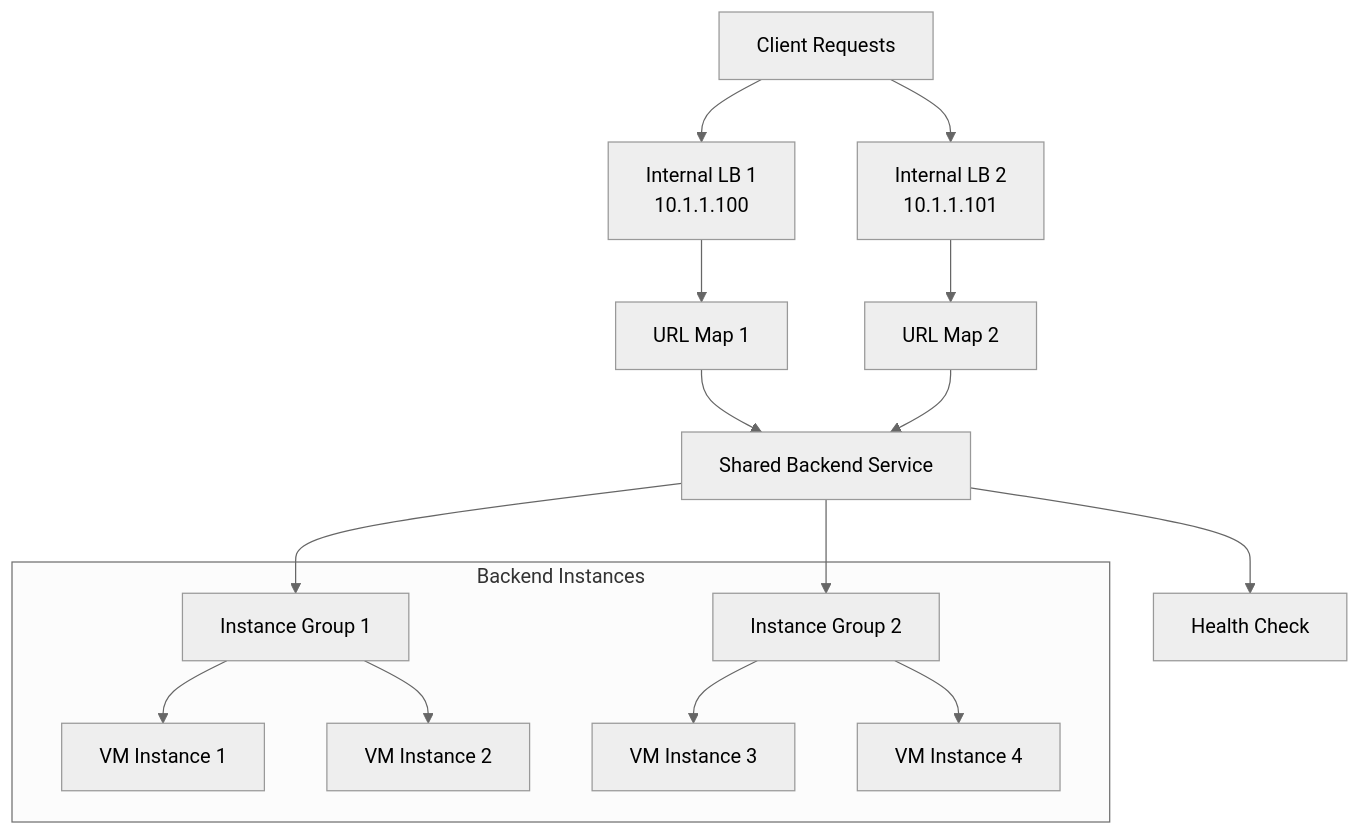
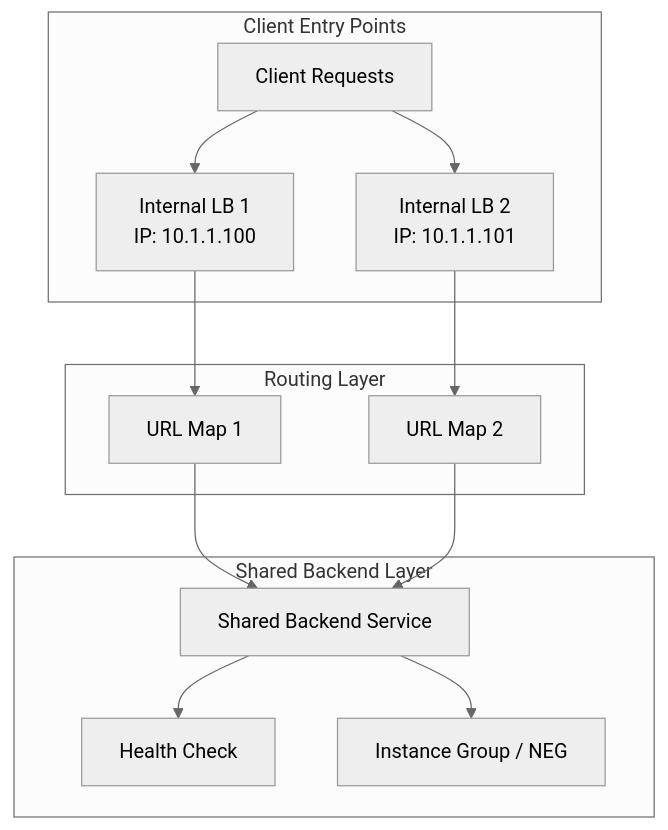
Before and after one commit to aibangjuxin/knowledge: the second of 4 diagrams in gcp/backend-service.md, drawn with Mermaid (neutral theme). The commit also changed other lines of this file, not shown here.

Commit message:
docs: reformat and clarify backend-service.md

````diff
--- a/gcp/backend-service.md
+++ b/gcp/backend-service.md
@@ -127,22 +44,23 @@
 ```mermaid
 flowchart TB
-    A[Client Requests] --> B[Internal LB 1<br/>10.1.1.100]
-    A --> C[Internal LB 2<br/>10.1.1.101]
-    
-    B --> D[URL Map 1]
-    C --> E[URL Map 2]
-    
-    D --> F[Shared Backend Service]
+    subgraph "Client Entry Points"
+        A[Client Requests] --> B[Internal LB 1<br/>IP: 10.1.1.100]
+        A --> C[Internal LB 2<br/>IP: 10.1.1.101]
+    end
+
+    subgraph "Routing Layer"
+        B --> D[URL Map 1]
+        C --> E[URL Map 2]
+    end
+
+    subgraph "Shared Backend Layer"
+        F[Shared Backend Service]
+        G[Health Check]
+        H[Instance Group / NEG]
+    end
+
+    D --> F
     E --> F
-    
-    F --> G[Health Check]
-    F --> H[Instance Group 1]
-    F --> I[Instance Group 2]
-    
-    subgraph "Backend Instances"
-        H --> J[VM Instance 1]
-        H --> K[VM Instance 2]
-        I --> L[VM Instance 3]
-        I --> M[VM Instance 4]
-    end
+    F --> G
+    F --> H
 ```
````
